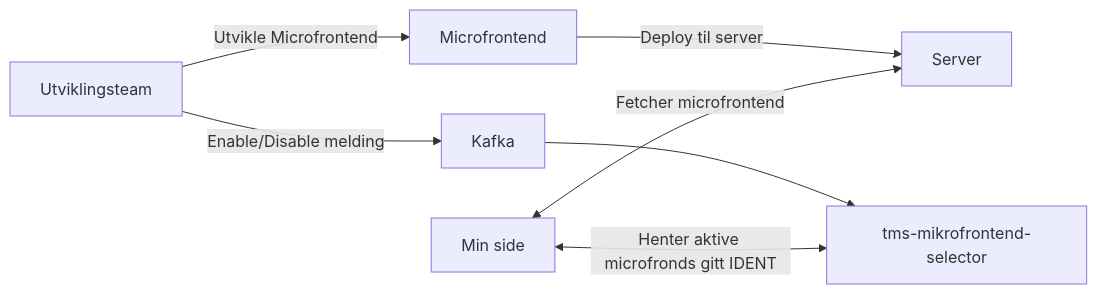
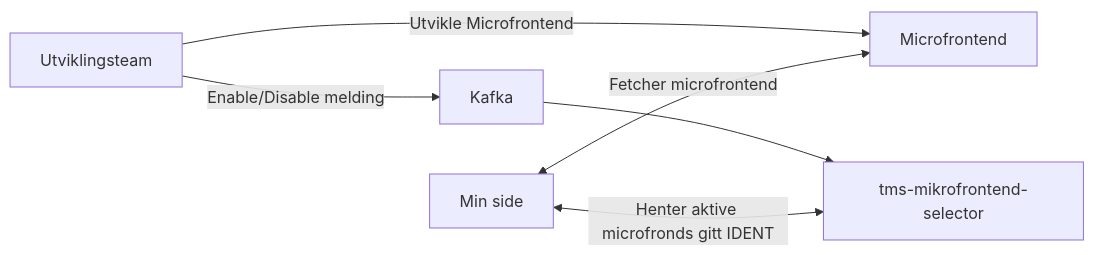
Before and after one commit to navikt/tms-mikrofrontend-selector: the diagram in howto.md, drawn with Mermaid.

Commit message:
Simplify diagram

````diff
--- a/howto.md
+++ b/howto.md
@@ -9,9 +9,8 @@
 ```mermaid
 graph LR
     A[Utviklingsteam] -- Utvikle Microfrontend --> B[Microfrontend]
-    B -- Deploy til server --> C[Server]
     A -- Enable/Disable melding --> D[Kafka]
     D --> E[tms-mikrofrontend-selector]
     F[Min side] <-- Henter aktive microfronds gitt IDENT --> E
-    F <-- Fetcher microfrontend --> C
+    F <-- Fetcher microfrontend --> B
 ```
````
